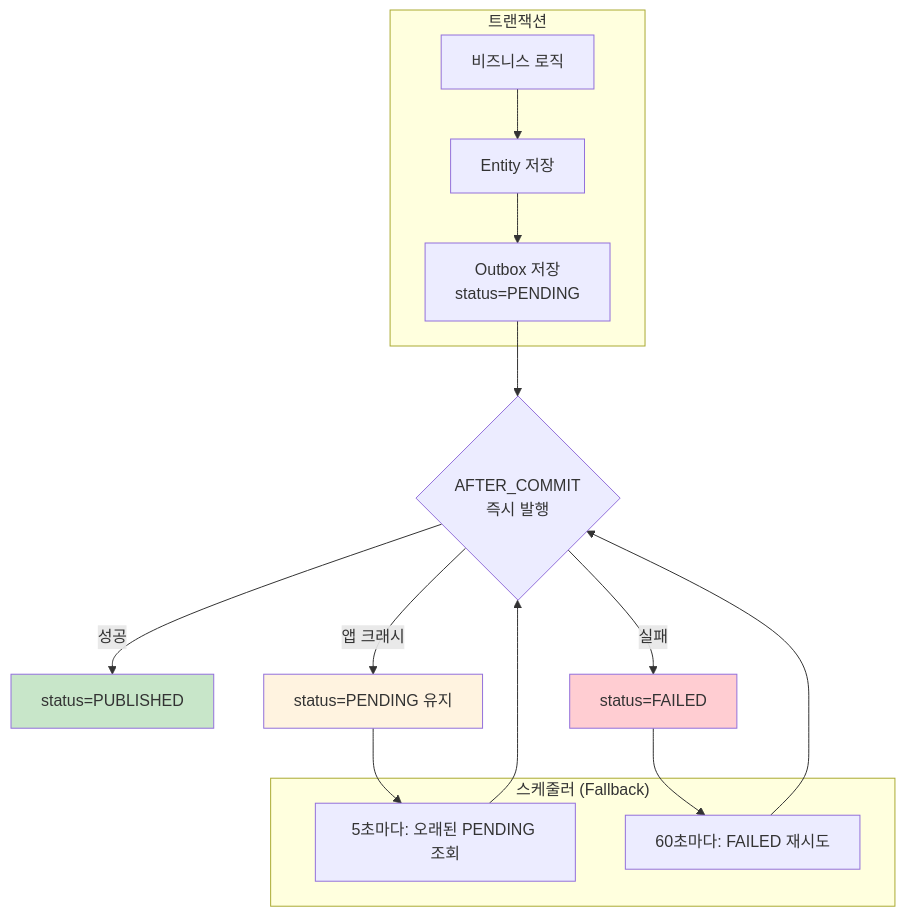
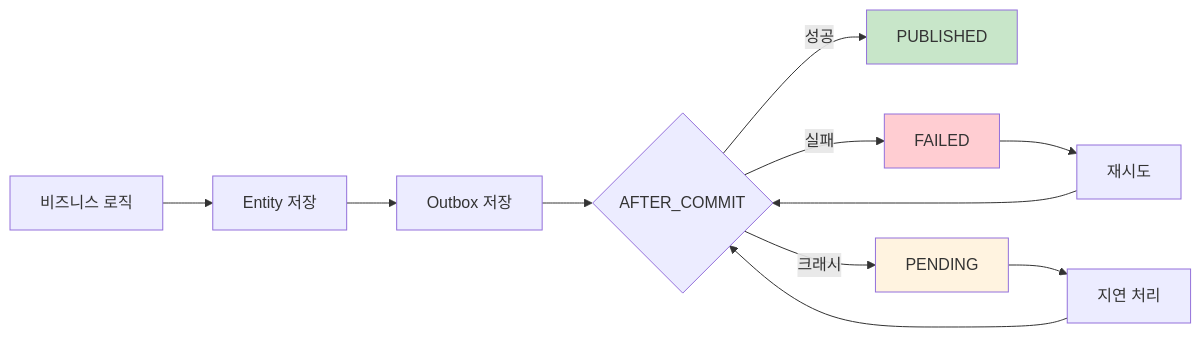
One commit to Gyeom/dev-notes changed the fourth of 9 diagrams in content/posts/2024-07-15-transactional-outbox-pattern-deep-dive.md. Above: the diagram before and after it, drawn with Mermaid. The commit also changed other lines of this file and 7 other files, not shown here.

First line of the commit message:
Fix: 전체 포스트 Mermaid 다이어그램 가로 배치 적용

````diff
--- a/content/posts/2024-07-15-transactional-outbox-pattern-deep-dive.md
+++ b/content/posts/2024-07-15-transactional-outbox-pattern-deep-dive.md
@@ -191,27 +193,20 @@
 ```mermaid
-flowchart TB
-    subgraph "트랜잭션"
-        A[비즈니스 로직] --> B[Entity 저장]
-        B --> C[Outbox 저장<br/>status=PENDING]
-    end
+flowchart LR
+    A[비즈니스 로직] --> B[Entity 저장]
+    B --> C[Outbox 저장]
 
-    C --> D{AFTER_COMMIT<br/>즉시 발행}
+    C --> D{AFTER_COMMIT}
 
-    D -->|성공| E[status=PUBLISHED]
-    D -->|실패| F[status=FAILED]
-    D -->|앱 크래시| G[status=PENDING 유지]
+    D -->|성공| E[PUBLISHED]
+    D -->|실패| F[FAILED]
+    D -->|크래시| G[PENDING]
 
-    subgraph "스케줄러 (Fallback)"
-        H[5초마다: 오래된 PENDING 조회]
-        I[60초마다: FAILED 재시도]
-    end
-
-    F --> I
-    G --> H
+    F --> I[재시도]
+    G --> H[지연 처리]
     H --> D
     I --> D
 
     style E fill:#c8e6c9
     style F fill:#ffcdd2
     style G fill:#fff3e0
 ```
````
